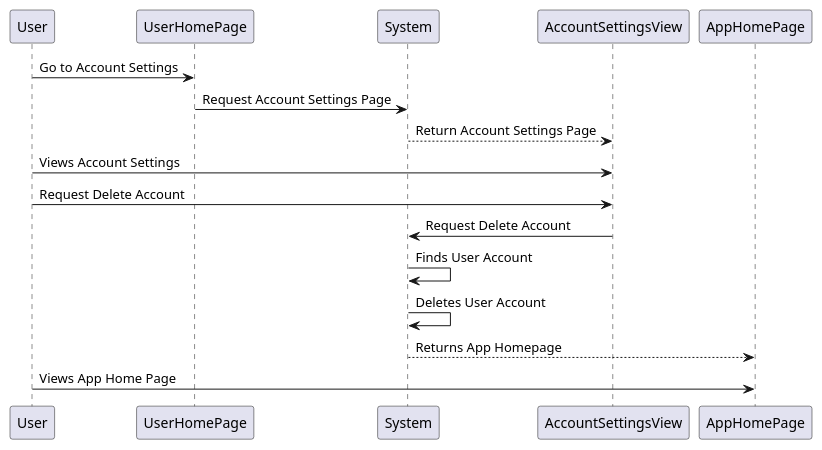
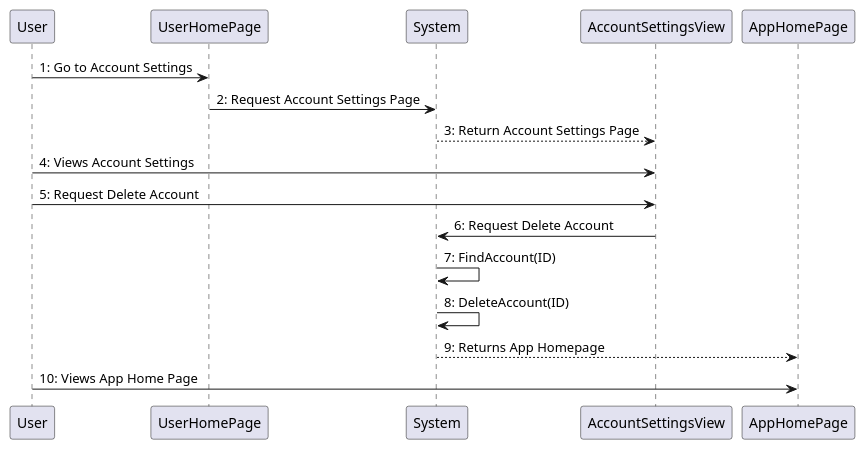
Before and after one commit to sap0034/COMP3710Project-RecipeGuru: the diagram in app/UML/Delete Account DSSD.puml, drawn with PlantUML. The commit also changed 12 other files, not shown here.

Commit message:
Added new diagrams and updated existing diagrams

```diff
--- a/app/UML/Delete Account DSSD.puml
+++ b/app/UML/Delete Account DSSD.puml
@@ -1,15 +1,15 @@
 @startuml
-       User -> UserHomePage: Go to Account Settings
-       UserHomePage -> System: Request Account Settings Page
-       System --> AccountSettingsView: Return Account Settings Page
-       User -> AccountSettingsView: Views Account Settings
+       User -> UserHomePage: 1: Go to Account Settings
+       UserHomePage -> System: 2: Request Account Settings Page
+       System --> AccountSettingsView: 3: Return Account Settings Page
+       User -> AccountSettingsView: 4: Views Account Settings
 
-       User -> AccountSettingsView: Request Delete Account
-       AccountSettingsView -> System: Request Delete Account
+       User -> AccountSettingsView: 5: Request Delete Account
+       AccountSettingsView -> System: 6: Request Delete Account
 
-       System -> System: Finds User Account
-       System -> System: Deletes User Account
-       System --> AppHomePage: Returns App Homepage
-       User -> AppHomePage: Views App Home Page
+       System -> System: 7: FindAccount(ID)
+       System -> System: 8: DeleteAccount(ID)
+       System --> AppHomePage: 9: Returns App Homepage
+       User -> AppHomePage: 10: Views App Home Page
 
        @enduml
```
